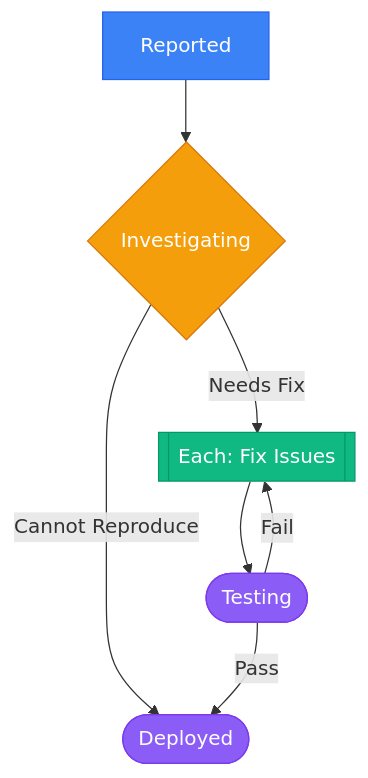
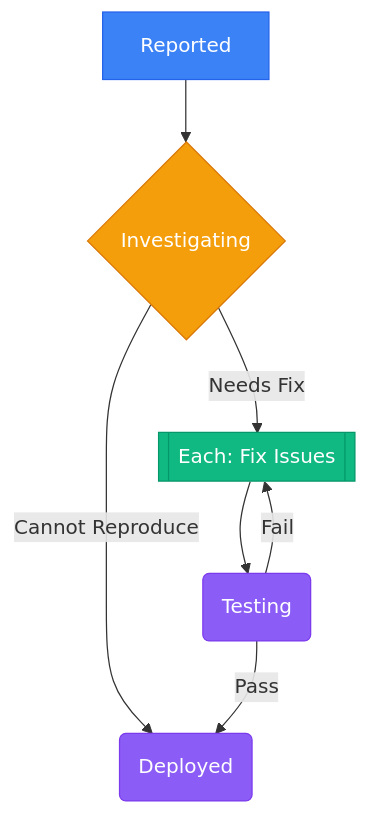
One commit to ryandekker/coordination-matrix changed the diagram in docs/mermaid-workflow-prompt.md. Above: the diagram before and after it, drawn with Mermaid. The commit also changed other lines of this file and 5 other files, not shown here.

````diff
--- a/docs/mermaid-workflow-prompt.md
+++ b/docs/mermaid-workflow-prompt.md
@@ -75,27 +83,28 @@
 ```mermaid
 flowchart TD
     step1["Reported"]
     step2{"Investigating"}
     step3[["Each: Fix Issues"]]
-    step4(["Testing"])
-    step5(["Deployed"])
+    step4("Testing")
+    step5("Deployed")
 
     step1 --> step2
-    step2 -->|Needs Fix| step3
-    step2 -->|Cannot Reproduce| step5
+    step2 -->|"Needs Fix"| step3
+    step2 -->|"Cannot Reproduce"| step5
     step3 --> step4
-    step4 -->|Pass| step5
-    step4 -->|Fail| step3
+    step4 -->|"Pass"| step5
+    step4 -->|"Fail"| step3
 
-    classDef automated fill:#3B82F6,color:#fff,stroke:#2563EB
+    classDef agent fill:#3B82F6,color:#fff,stroke:#2563EB
     classDef manual fill:#8B5CF6,color:#fff,stroke:#7C3AED
+    classDef external fill:#F97316,color:#fff,stroke:#EA580C
     classDef decision fill:#F59E0B,color:#fff,stroke:#D97706
     classDef foreach fill:#10B981,color:#fff,stroke:#059669
-    classDef join fill:#8B5CF6,color:#fff,stroke:#7C3AED
+    classDef join fill:#6366F1,color:#fff,stroke:#4F46E5
     classDef flow fill:#EC4899,color:#fff,stroke:#DB2777
 
-    class step1 automated
+    class step1 agent
     class step2 decision
     class step3 foreach
     class step4,step5 manual
 ```
````
